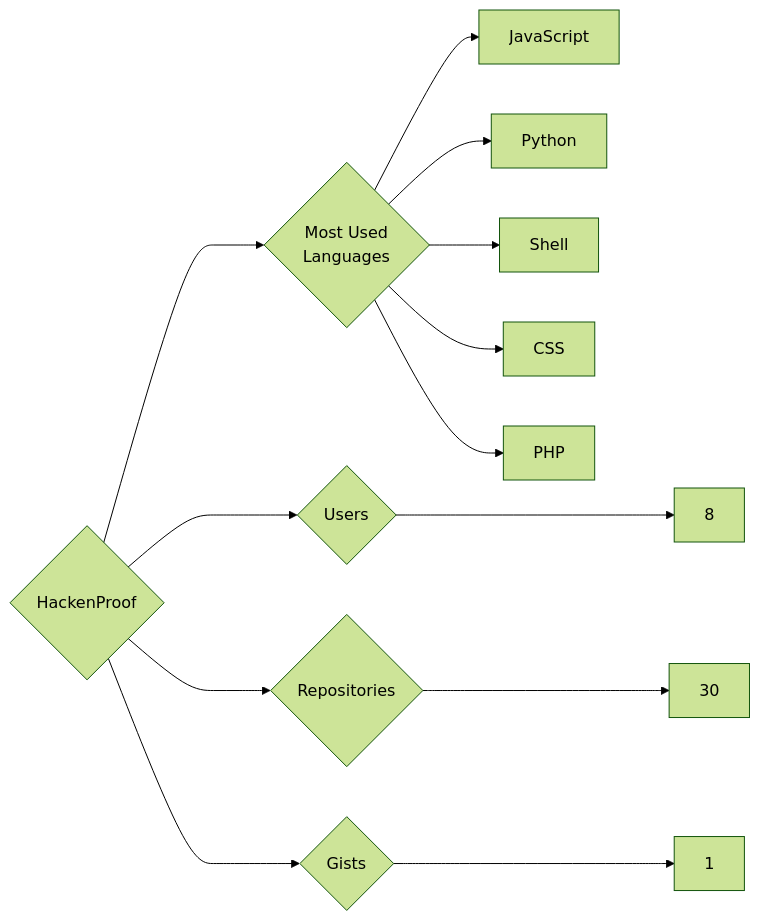
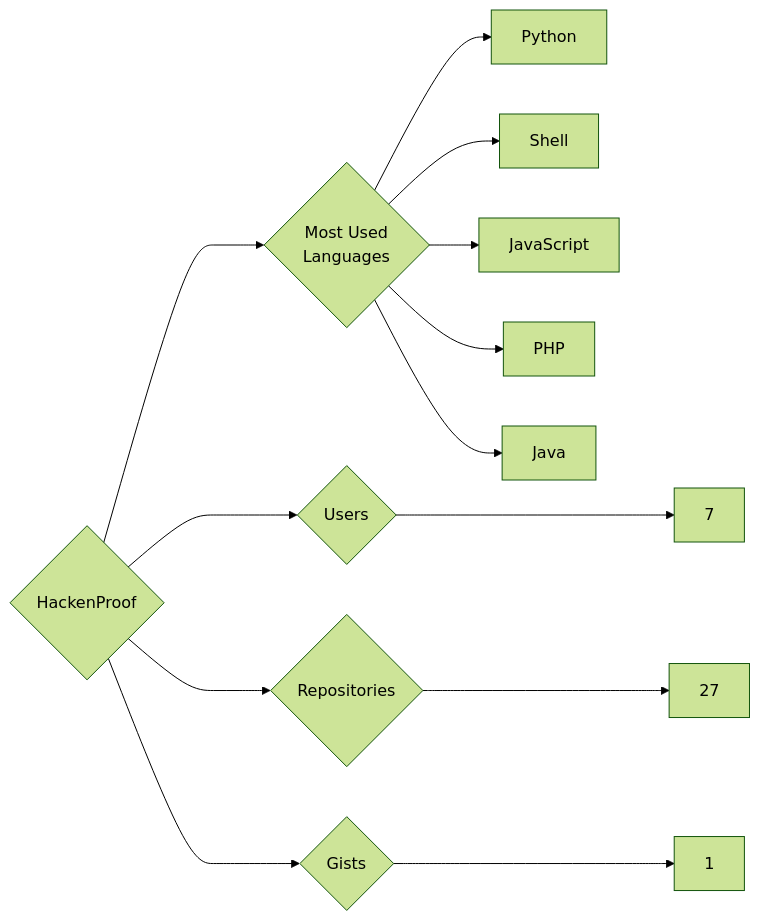
One commit to trickest/insiders changed the diagram in targets/HackenProof/README.md. Above: the diagram before and after it, drawn with Mermaid (forest theme). The commit also changed 1148 other files, not shown here.

````diff
--- a/targets/HackenProof/README.md
+++ b/targets/HackenProof/README.md
@@ -3,13 +3,13 @@
 ```mermaid
 graph LR
 COMPANY_NAME{HackenProof}
-COMPANY_NAME ---> U{Users} ---> UN[8]
-COMPANY_NAME ---> R{Repositories} ---> RN[30]
+COMPANY_NAME ---> U{Users} ---> UN[7]
+COMPANY_NAME ---> R{Repositories} ---> RN[27]
 COMPANY_NAME ---> G{Gists} ---> GN[1]
 COMPANY_NAME ---> ML{Most Used<br>Languages}
-ML --> JavaScript[JavaScript]
 ML --> Python[Python]
 ML --> Shell[Shell]
-ML --> CSS[CSS]
+ML --> JavaScript[JavaScript]
 ML --> PHP[PHP]
+ML --> Java[Java]
 ```
````
